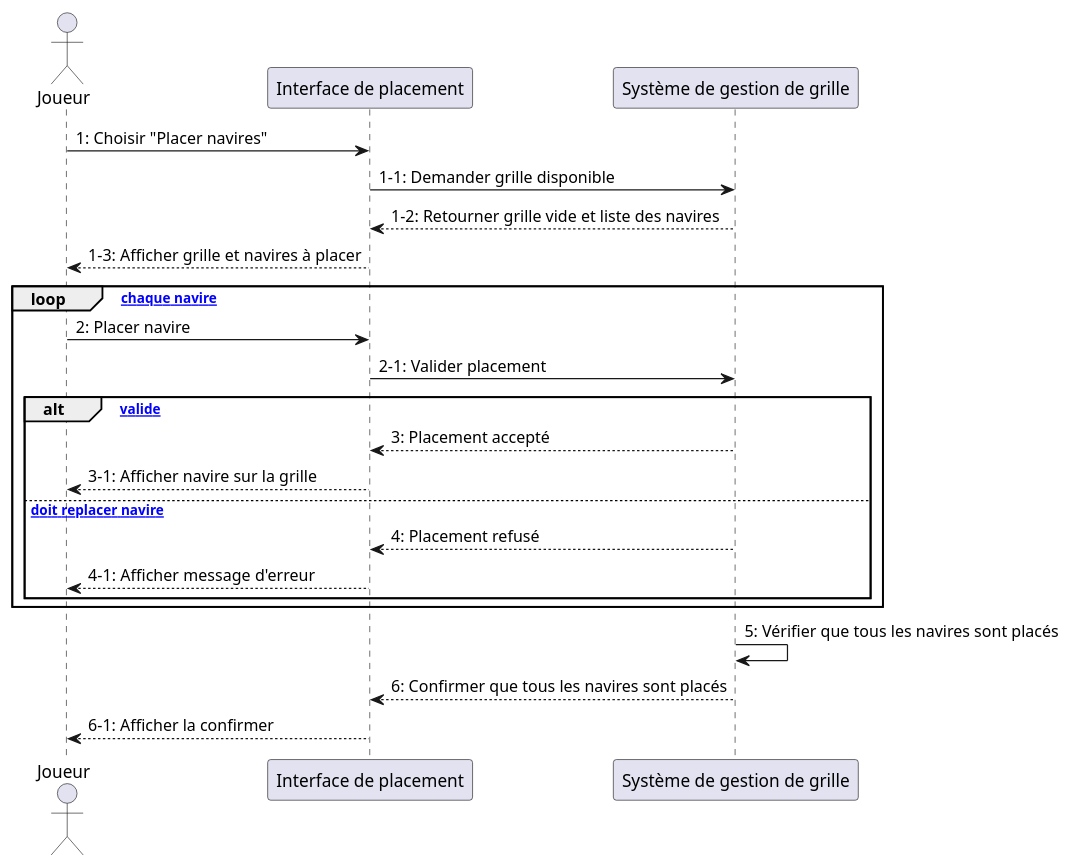
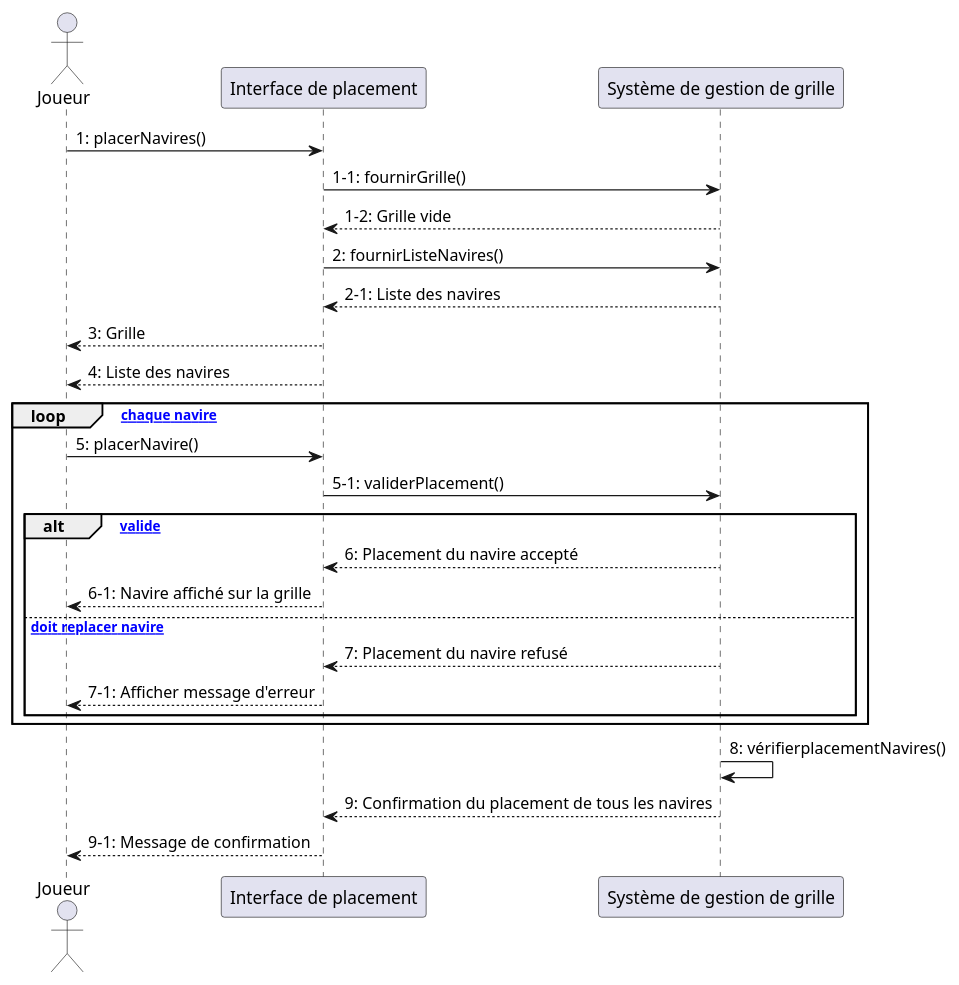
One commit to Al5uke/equipe9-inf5153-bataille-navale changed the diagram in _models/sequence_diagram_place_ships.puml. Above: the diagram before and after it, drawn with PlantUML.

Commit message:
Modification du diagramme de sequence option placer navires

```diff
--- a/_models/sequence_diagram_place_ships.puml
+++ b/_models/sequence_diagram_place_ships.puml
@@ -1,27 +1,31 @@
 @startuml
 actor "Joueur" as Player
 participant "Interface de placement" as UI
 participant "Système de gestion de grille" as GridSystem
 
-Player -> UI: 1: Choisir "Placer navires"
-UI -> GridSystem: 1-1: Demander grille disponible
-GridSystem --> UI: 1-2: Retourner grille vide et liste des navires
-UI --> Player: 1-3: Afficher grille et navires à placer
+Player -> UI: 1: placerNavires()
+UI -> GridSystem: 1-1: fournirGrille()
+GridSystem --> UI: 1-2: Grille vide
+UI -> GridSystem: 2: fournirListeNavires()
+GridSystem --> UI: 2-1: Liste des navires
+UI --> Player: 3: Grille
+UI --> Player: 4: Liste des navires
+
 
 loop [pour chaque navire]
-    Player -> UI: 2: Placer navire
-    UI -> GridSystem: 2-1: Valider placement
+    Player -> UI: 5: placerNavire()
+    UI -> GridSystem: 5-1: validerPlacement()
     
     alt [Placement valide]
-        GridSystem --> UI: 3: Placement accepté
-        UI --> Player: 3-1: Afficher navire sur la grille
+        GridSystem --> UI: 6: Placement du navire accepté
+        UI --> Player: 6-1: Navire affiché sur la grille
     else [Joueur doit replacer navire]
-        GridSystem --> UI: 4: Placement refusé
-        UI --> Player: 4-1: Afficher message d'erreur
+        GridSystem --> UI: 7: Placement du navire refusé
+        UI --> Player: 7-1: Afficher message d'erreur
     end
 end
 
-GridSystem -> GridSystem: 5: Vérifier que tous les navires sont placés
-GridSystem --> UI: 6: Confirmer que tous les navires sont placés
-UI --> Player: 6-1: Afficher la confirmer
+GridSystem -> GridSystem: 8: vérifierplacementNavires()
+GridSystem --> UI: 9: Confirmation du placement de tous les navires
+UI --> Player: 9-1: Message de confirmation
 @enduml
```
